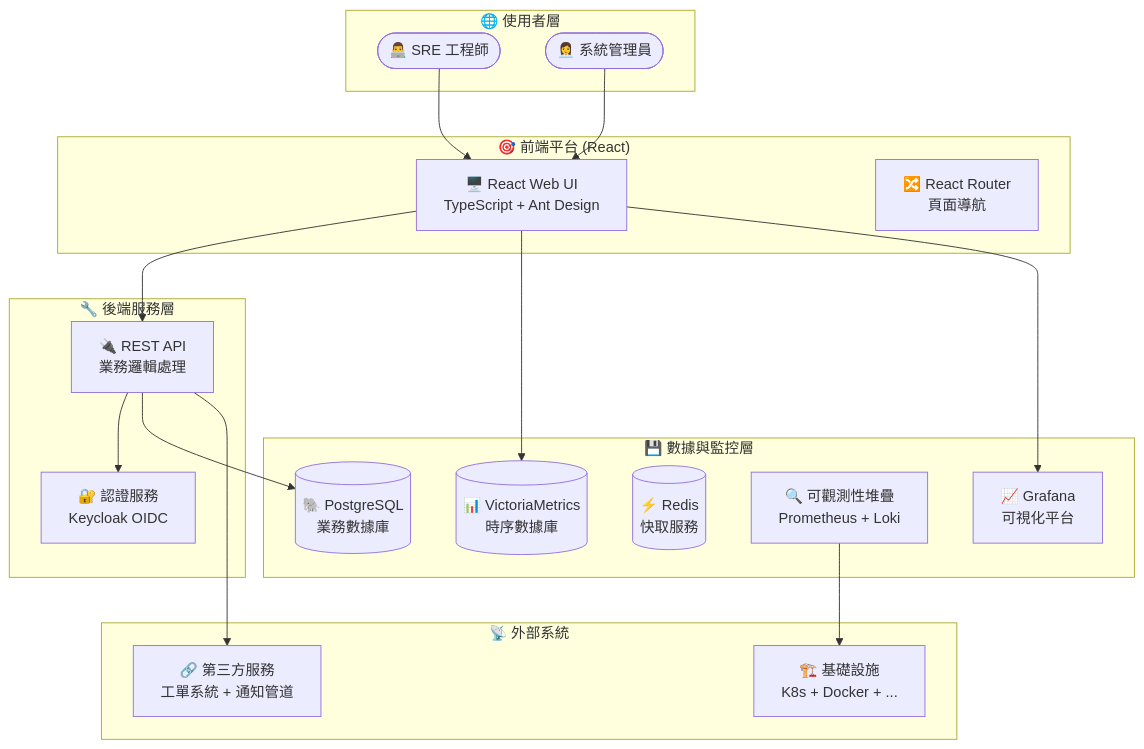
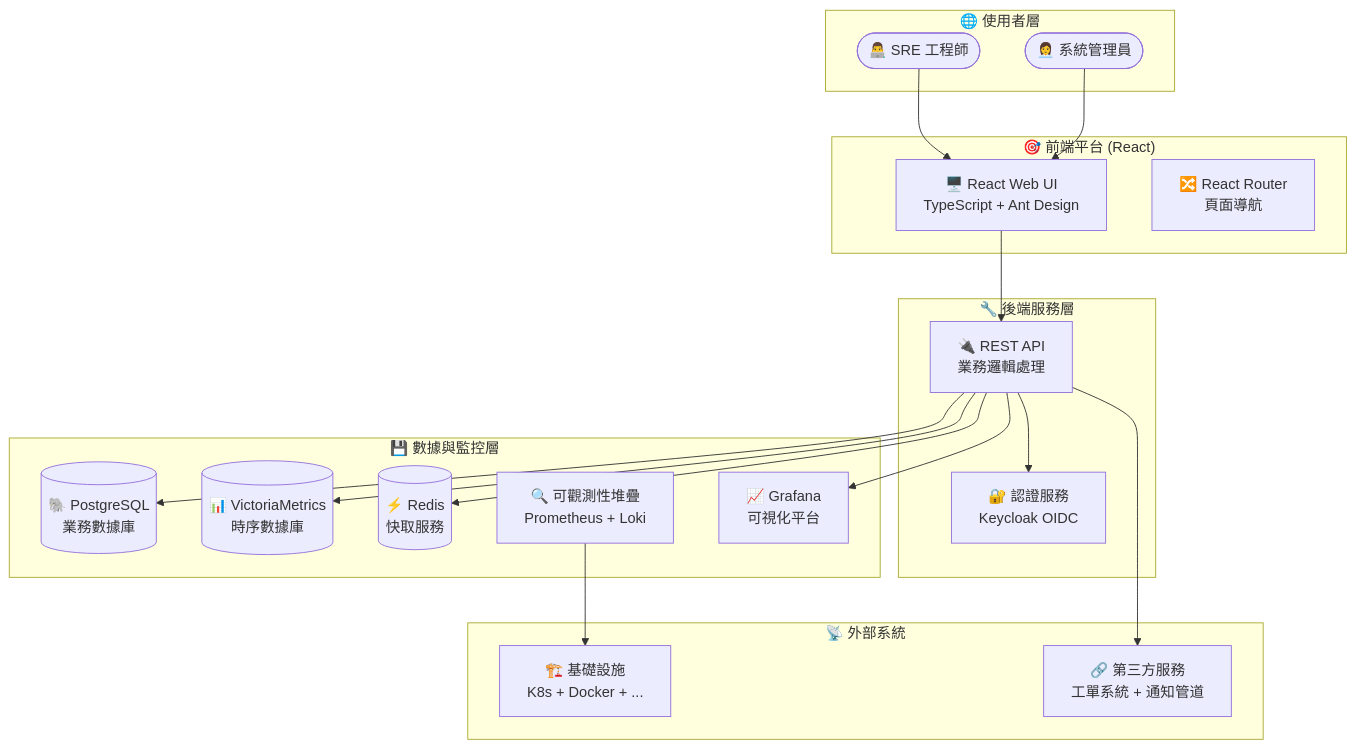
One commit to detectviz/sre-platform changed the second of 3 diagrams in README.md. Above: the diagram before and after it, drawn with Mermaid. The commit also changed other lines of this file and 4 other files, not shown here.

````diff
--- a/README.md
+++ b/README.md
@@ -128,47 +128,48 @@
 ```mermaid
 graph TB
     subgraph "🌐 使用者層"
         User([👨‍💻 SRE 工程師])
         Admin([👩‍💼 系統管理員])
     end
 
     subgraph "🎯 前端平台 (React)"
         Frontend[🖥️ React Web UI<br/>TypeScript + Ant Design]
         Router[🔀 React Router<br/>頁面導航]
     end
 
     subgraph "🔧 後端服務層"
         API[🔌 REST API<br/>業務邏輯處理]
         Auth[🔐 認證服務<br/>Keycloak OIDC]
     end
 
     subgraph "💾 數據與監控層"
         Database[(🐘 PostgreSQL<br/>業務數據庫)]
         Timeseries[(📊 VictoriaMetrics<br/>時序數據庫)]
         Cache[(⚡ Redis<br/>快取服務)]
         Monitoring[🔍 可觀測性堆疊<br/>Prometheus + Loki]
         Grafana[📈 Grafana<br/>可視化平台]
     end
 
     subgraph "📡 外部系統"
         Infrastructure[🏗️ 基礎設施<br/>K8s + Docker + ...]
         External[🔗 第三方服務<br/>工單系統 + 通知管道]
     end
 
     %% 使用者互動
     User --> Frontend
     Admin --> Frontend
 
     %% 前後端通訊
     Frontend --> API
     API --> Auth
 
     %% 數據流
     API --> Database
-    Frontend --> Timeseries
-    Frontend --> Grafana
+    API --> Timeseries
+    API --> Grafana
+    API --> Cache
 
     %% 監控目標
     Monitoring --> Infrastructure
     API --> External
 ```
````
